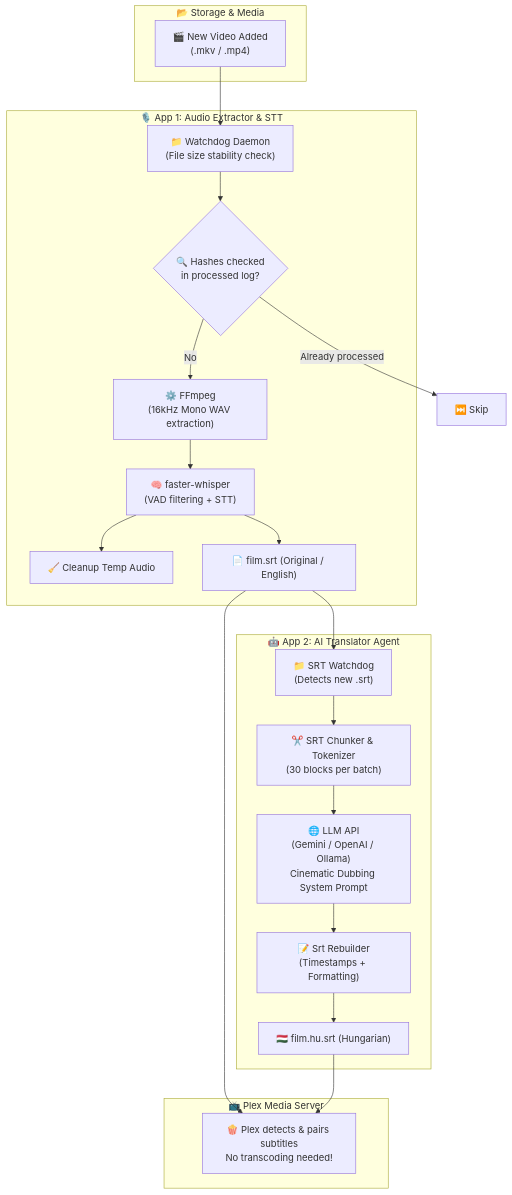
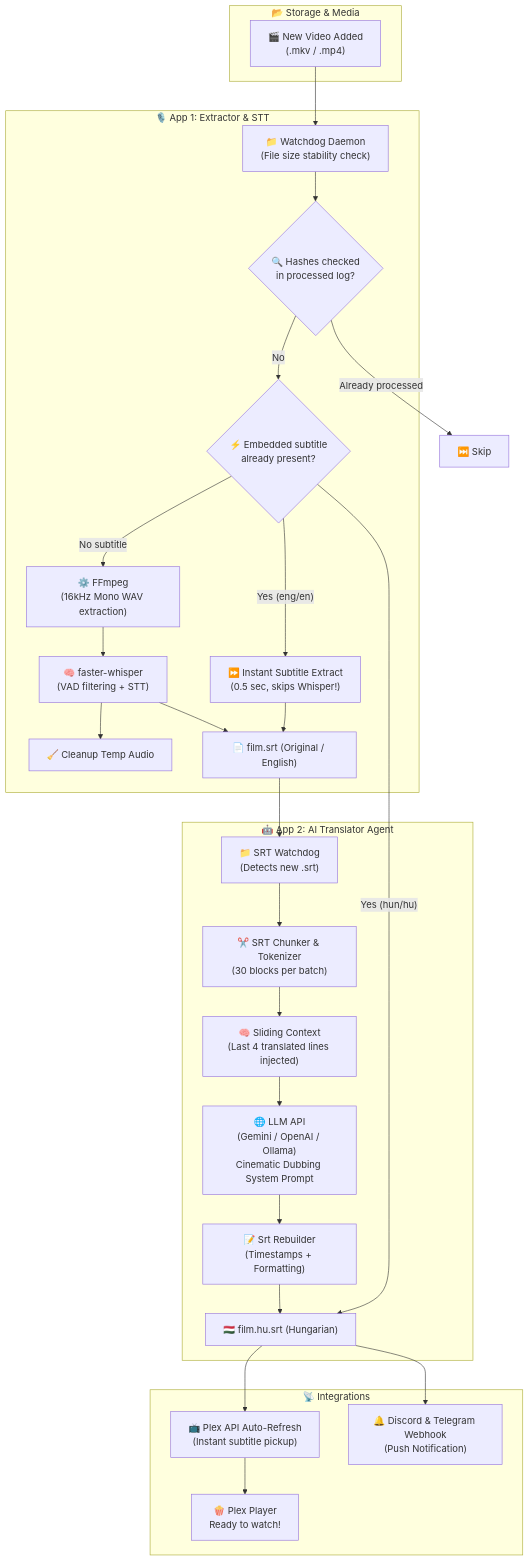
The diagram in README.md (Gyuri125/plex-ai-subtitler), drawn with Mermaid before and after one commit. The commit also changed other lines of this file and 18 other files, not shown here.

Commit message:
feat: embedded subtitle extraction, sliding context, Plex auto-refresh, tray, notifications, Docker, and auto-updating build_exe.bat

````diff
--- a/README.md
+++ b/README.md
@@ -80,42 +80,53 @@
 ```mermaid
 flowchart TD
     subgraph Storage [" 📂 Storage & Media "]
         Video["🎬 New Video Added\n(.mkv / .mp4)"]
     end
 
-    subgraph App1 [" 🎙️ App 1: Audio Extractor & STT "]
+    subgraph App1 [" 🎙️ App 1: Extractor & STT "]
         Watch["📁 Watchdog Daemon\n(File size stability check)"]
         Dedup{"🔍 Hashes checked\nin processed log?"}
+        Probe{"⚡ Embedded subtitle\nalready present?"}
+        FastSub["⏩ Instant Subtitle Extract\n(0.5 sec, skips Whisper!)"]
         FFmpeg["⚙️ FFmpeg\n(16kHz Mono WAV extraction)"]
         Whisper["🧠 faster-whisper\n(VAD filtering + STT)"]
         Clean["🧹 Cleanup Temp Audio"]
         SrtEN["📄 film.srt (Original / English)"]
     end
 
     subgraph App2 [" 🤖 App 2: AI Translator Agent "]
         WatchSRT["📁 SRT Watchdog\n(Detects new .srt)"]
         Chunker["✂️ SRT Chunker & Tokenizer\n(30 blocks per batch)"]
+        Context["🧠 Sliding Context\n(Last 4 translated lines injected)"]
         LLM["🌐 LLM API\n(Gemini / OpenAI / Ollama)\nCinematic Dubbing System Prompt"]
         Reconstruct["📝 Srt Rebuilder\n(Timestamps + Formatting)"]
         SrtHU["🇭🇺 film.hu.srt (Hungarian)"]
     end
 
-    subgraph PlexServer [" 📺 Plex Media Server "]
-        Plex["🍿 Plex detects & pairs subtitles\nNo transcoding needed!"]
+    subgraph Integrations [" 📡 Integrations "]
+        PlexRefresh["📺 Plex API Auto-Refresh\n(Instant subtitle pickup)"]
+        Notif["🔔 Discord & Telegram Webhook\n(Push Notification)"]
+        Plex["🍿 Plex Player\nReady to watch!"]
     end
 
     Video --> Watch
     Watch --> Dedup
-    Dedup -- No --> FFmpeg
+    Dedup -- No --> Probe
     Dedup -- Already processed --> Skip["⏭️ Skip"]
+    Probe -- "Yes (eng/en)" --> FastSub
+    Probe -- "Yes (hun/hu)" --> SrtHU
+    FastSub --> SrtEN
+    Probe -- "No subtitle" --> FFmpeg
     FFmpeg --> Whisper
     Whisper --> Clean
     Whisper --> SrtEN
     SrtEN --> WatchSRT
     WatchSRT --> Chunker
-    Chunker --> LLM
+    Chunker --> Context
+    Context --> LLM
     LLM --> Reconstruct
     Reconstruct --> SrtHU
-    SrtEN --> Plex
-    SrtHU --> Plex
+    SrtHU --> PlexRefresh
+    SrtHU --> Notif
+    PlexRefresh --> Plex
 ```
````
